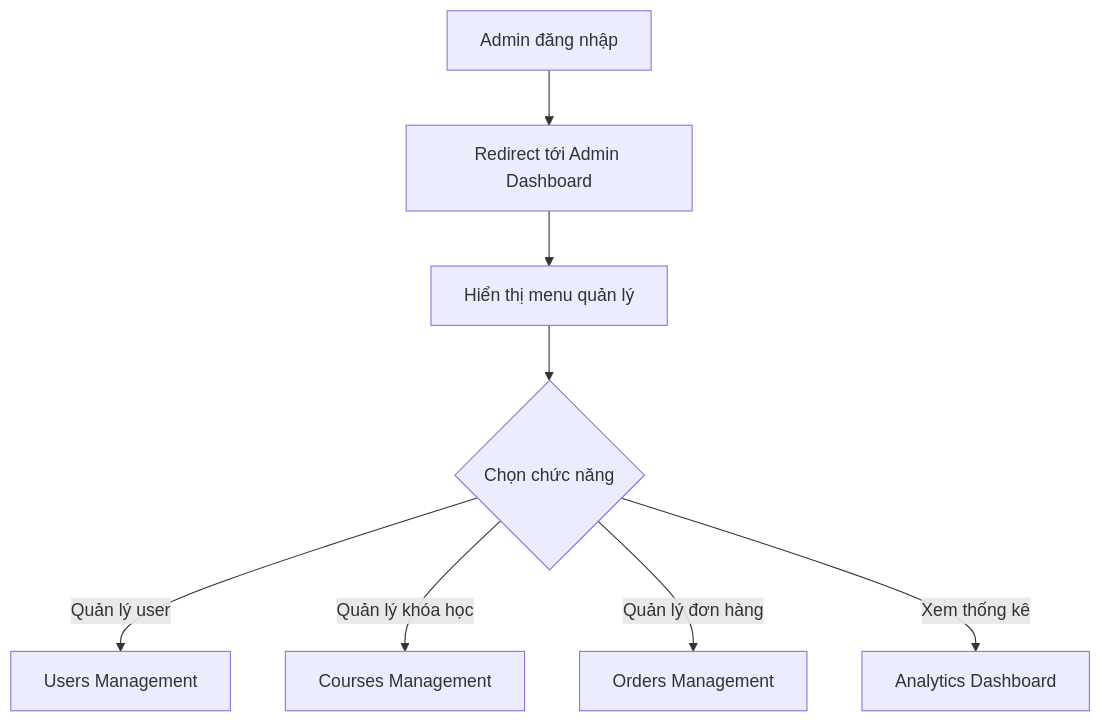
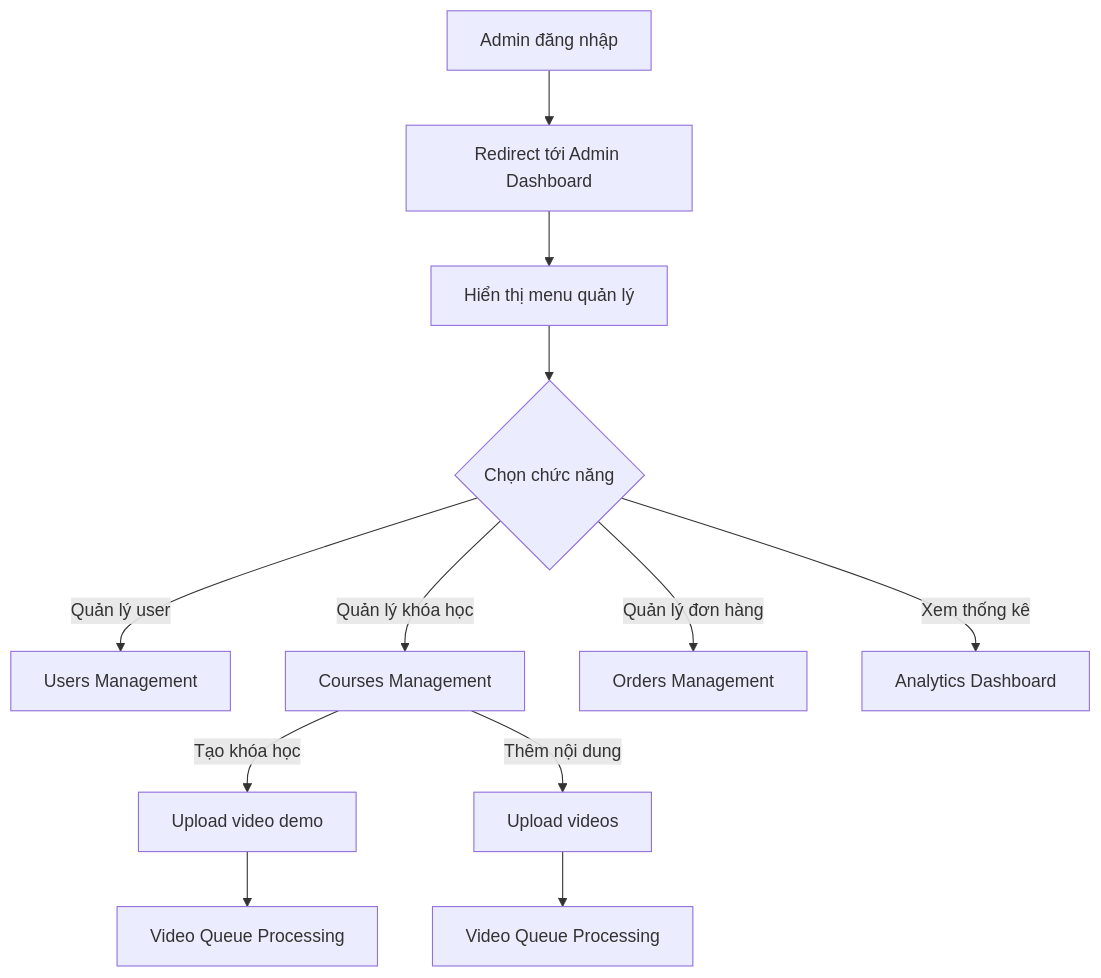
One commit to lehieu29/Elearning changed the sixth of 8 diagrams in memory-banks/frontend-flow.md. Above: the diagram before and after it, drawn with Mermaid. The commit also changed other lines of this file and 43 other files, not shown here.

````diff
--- a/memory-banks/frontend-flow.md
+++ b/memory-banks/frontend-flow.md
@@ -144,10 +187,14 @@
 ```mermaid
 graph TD
     A[Admin đăng nhập] --> B[Redirect tới Admin Dashboard]
     B --> C[Hiển thị menu quản lý]
     C --> D{Chọn chức năng}
     D -->|Quản lý user| E[Users Management]
     D -->|Quản lý khóa học| F[Courses Management]
-    D -->|Quản lý đơn hàng| G[Orders Management]
-    D -->|Xem thống kê| H[Analytics Dashboard]
+    F -->|Tạo khóa học| G[Upload video demo]
+    G --> H[Video Queue Processing] 
+    F -->|Thêm nội dung| I[Upload videos]
+    I --> J[Video Queue Processing]
+    D -->|Quản lý đơn hàng| K[Orders Management]
+    D -->|Xem thống kê| L[Analytics Dashboard]
 ```
````
